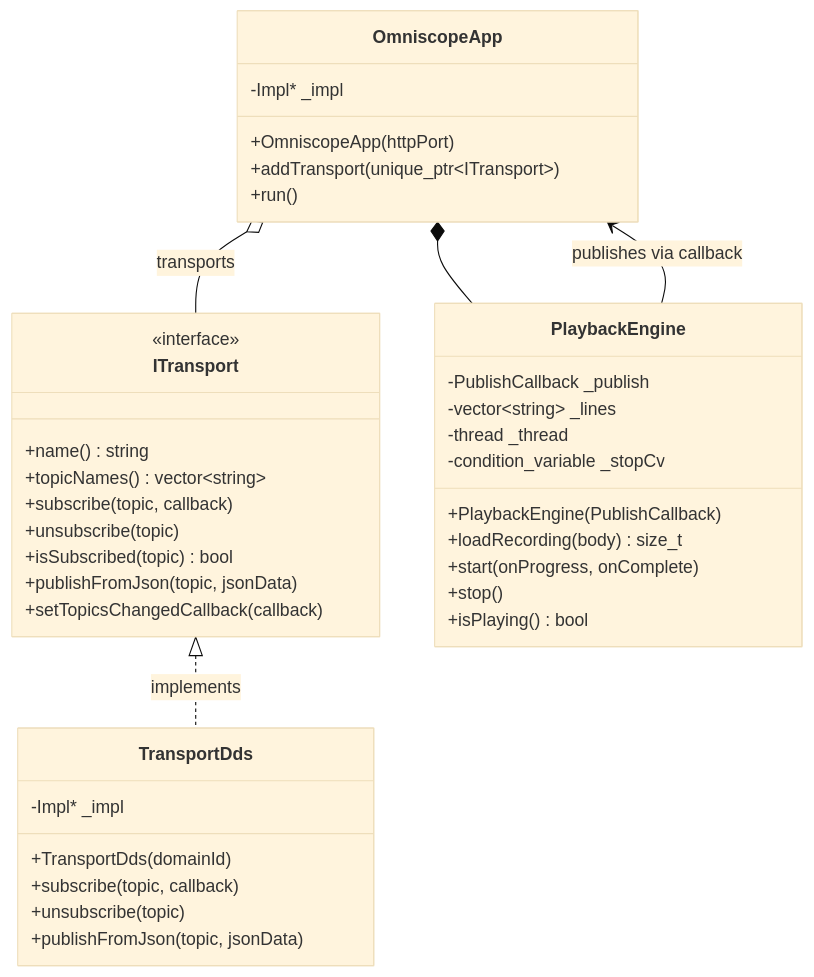
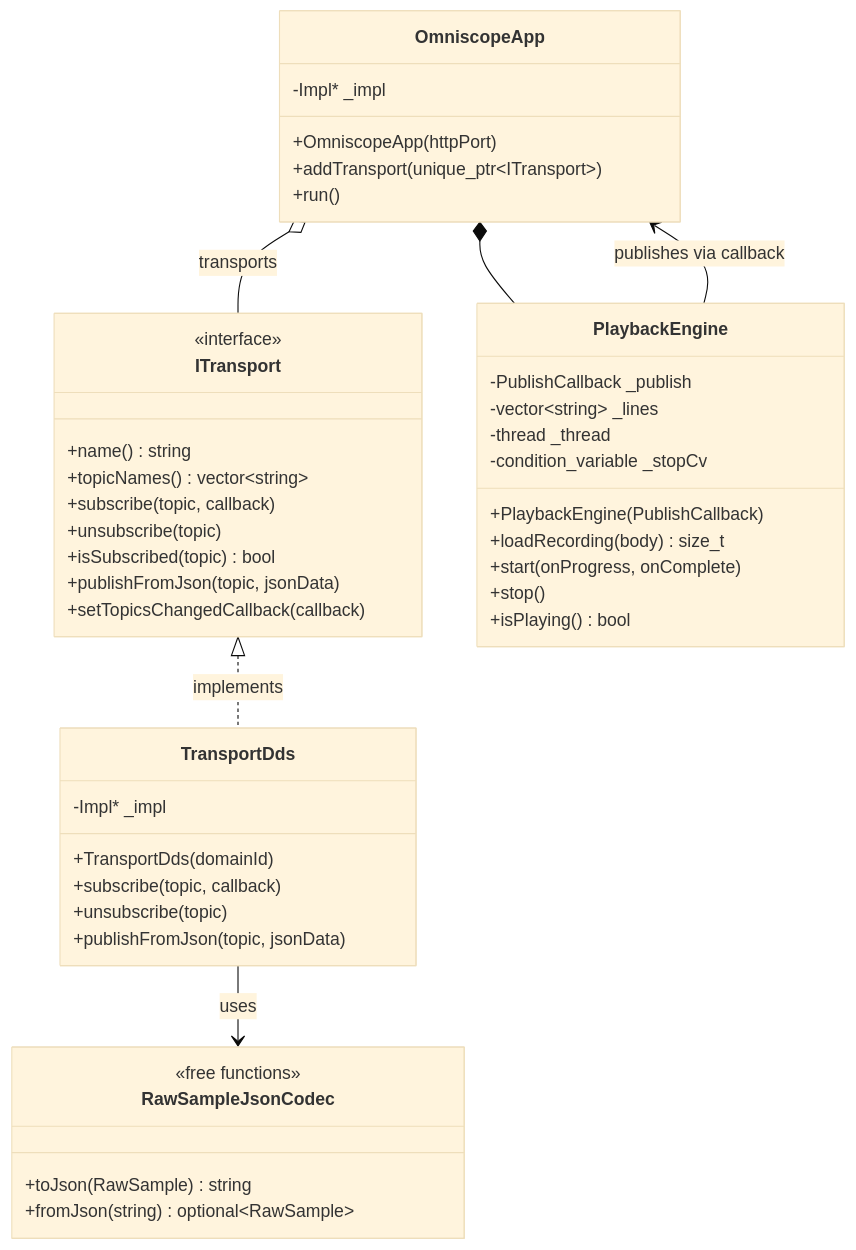
The second of 5 diagrams in src/apps/OmniscopeDds/DESIGN.md (sfestenstein/ContainerizedCPP), drawn with Mermaid (base theme) before and after one commit. The commit also changed other lines of this file and 26 other files, not shown here.

````diff
--- a/src/apps/OmniscopeDds/DESIGN.md
+++ b/src/apps/OmniscopeDds/DESIGN.md
@@ -58,45 +84,52 @@
 ```mermaid
 classDiagram
     class ITransport {
         <<interface>>
         +name() string
         +topicNames() vector~string~
         +subscribe(topic, callback)
         +unsubscribe(topic)
         +isSubscribed(topic) bool
         +publishFromJson(topic, jsonData)
         +setTopicsChangedCallback(callback)
     }
 
     class TransportDds {
         -Impl* _impl
         +TransportDds(domainId)
         +subscribe(topic, callback)
         +unsubscribe(topic)
         +publishFromJson(topic, jsonData)
     }
 
     class OmniscopeApp {
         -Impl* _impl
         +OmniscopeApp(httpPort)
         +addTransport(unique_ptr~ITransport~)
         +run()
     }
 
     class PlaybackEngine {
         -PublishCallback _publish
         -vector~string~ _lines
         -thread _thread
         -condition_variable _stopCv
         +PlaybackEngine(PublishCallback)
         +loadRecording(body) size_t
         +start(onProgress, onComplete)
         +stop()
         +isPlaying() bool
     }
 
+    class RawSampleJsonCodec {
+        <<free functions>>
+        +toJson(RawSample) string
+        +fromJson(string) optional~RawSample~
+    }
+
     ITransport <|.. TransportDds : implements
     OmniscopeApp o-- ITransport : transports
     OmniscopeApp *-- PlaybackEngine
     PlaybackEngine --> OmniscopeApp : publishes via callback
+    TransportDds --> RawSampleJsonCodec : uses
 ```
````
